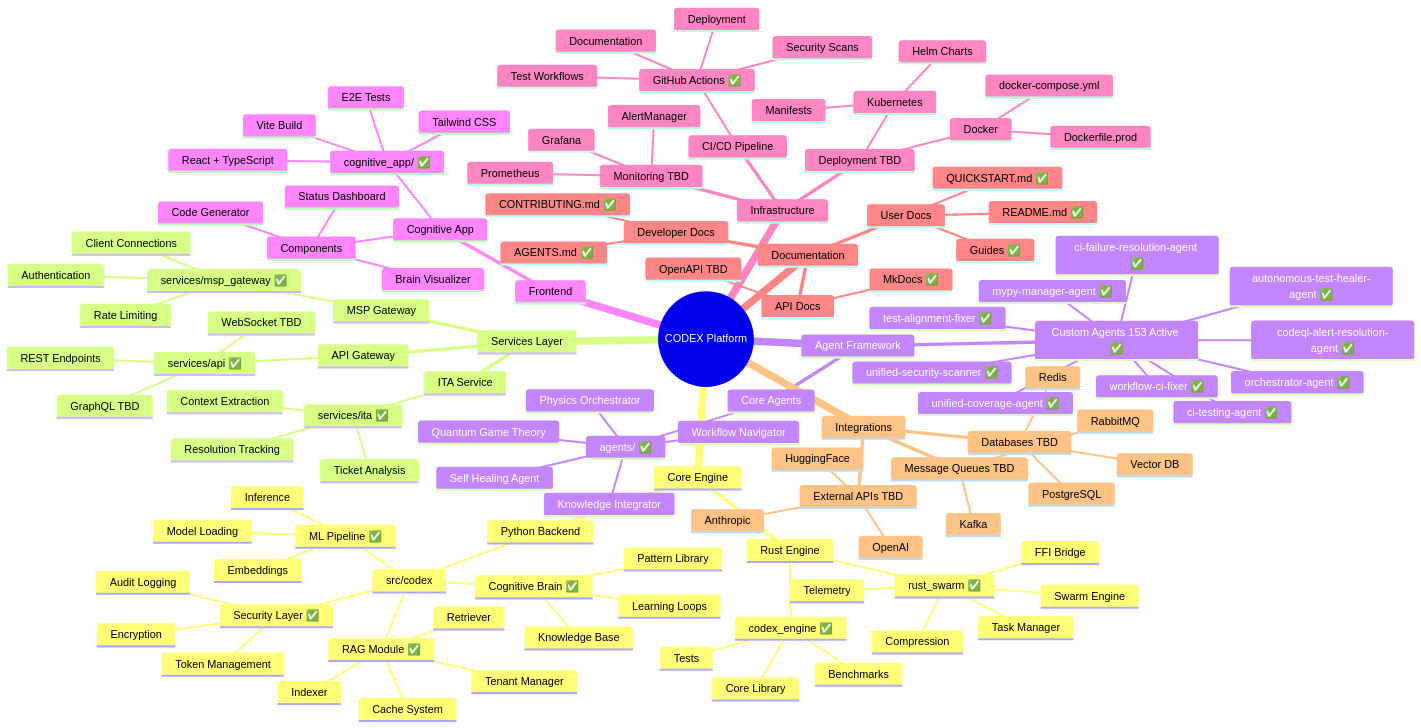
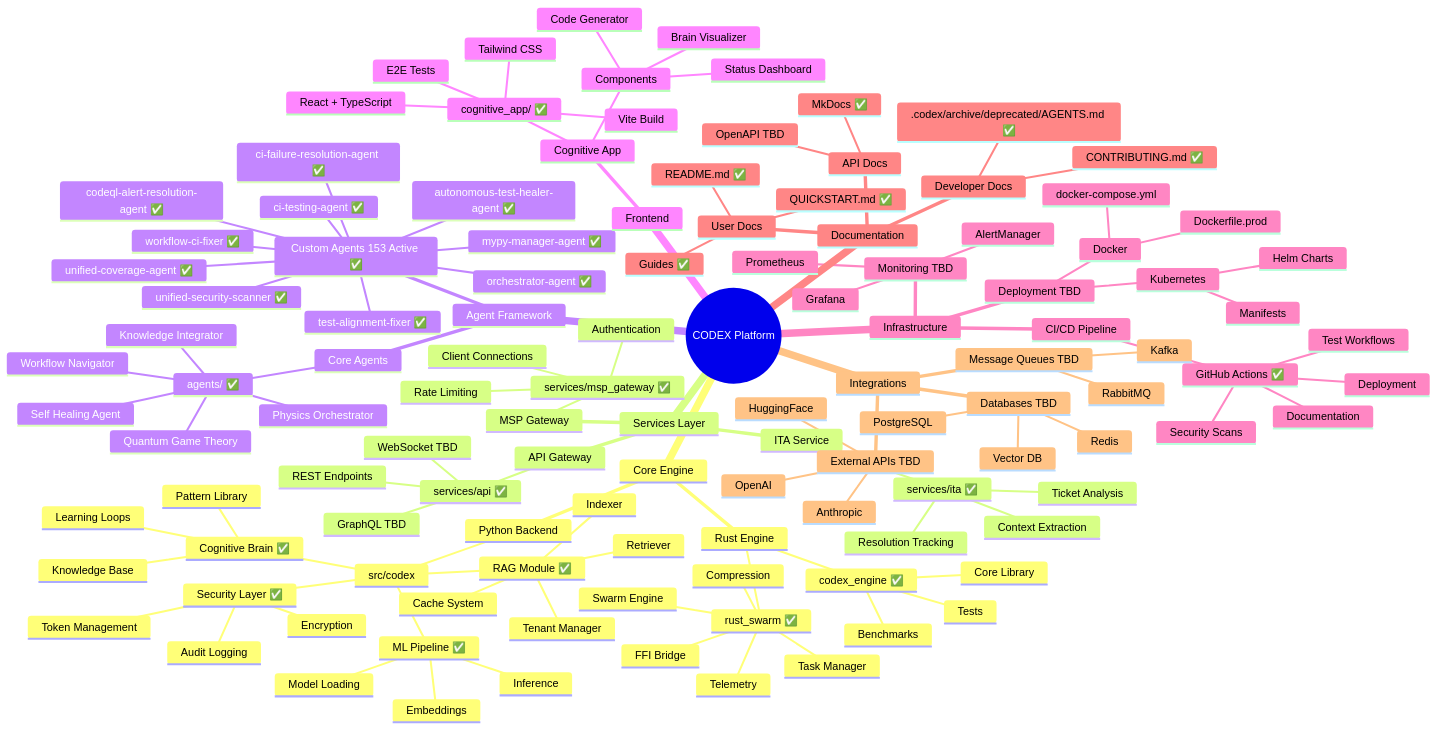
The first of 9 diagrams in .codex/cognitive_brain/diagrams/PRODUCTION_READY_CODEBASE_MINDMAP.md (Aries-Serpent/_codex_), drawn with Mermaid before and after one commit. The commit also changed 1343 other files, not shown here.

```diff
--- a/.codex/cognitive_brain/diagrams/PRODUCTION_READY_CODEBASE_MINDMAP.md
+++ b/.codex/cognitive_brain/diagrams/PRODUCTION_READY_CODEBASE_MINDMAP.md
@@ -116,7 +116,7 @@
         OpenAPI TBD
       Developer Docs
         CONTRIBUTING.md ✅
-        AGENTS.md ✅
+        .codex/archive/deprecated/AGENTS.md ✅
     Integrations
       External APIs TBD
         OpenAI
```
